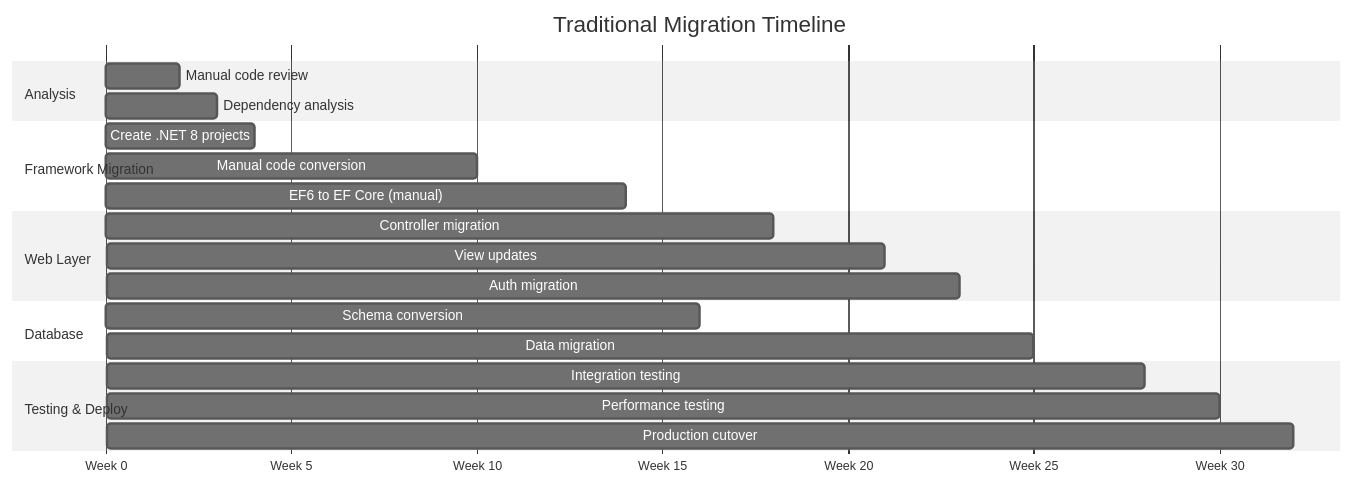
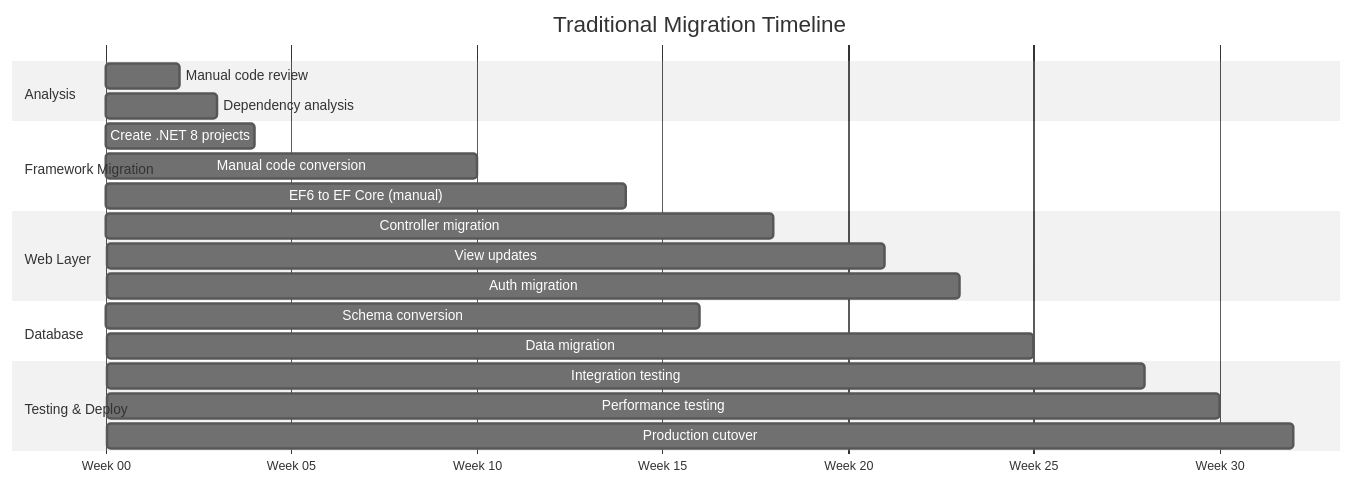
One commit to davidcslau/enterprise-modernization-analyzer changed the fifth of 7 diagrams in steering/report-structure.md. Above: the diagram before and after it, drawn with Mermaid (neutral theme). The commit also changed other lines of this file and 5 other files, not shown here.

````diff
--- a/steering/report-structure.md
+++ b/steering/report-structure.md
@@ -395,29 +400,30 @@
 ```mermaid
 gantt
     title Traditional Migration Timeline
     dateFormat X
-    axisFormat Week %s
+    axisFormat Week %S
+    tickInterval 2
     
     section Analysis
     Manual code review           :a1, 0, 2
     Dependency analysis          :a2, 2, 3
     
     section Framework Migration
     Create .NET 8 projects       :b1, 3, 4
     Manual code conversion       :b2, 4, 10
     EF6 to EF Core (manual)      :b3, 10, 14
     
     section Web Layer
     Controller migration         :c1, 14, 18
     View updates                 :c2, 18, 21
     Auth migration               :c3, 21, 23
     
     section Database
     Schema conversion            :d1, 14, 16
     Data migration               :d2, 23, 25
     
     section Testing & Deploy
     Integration testing          :e1, 25, 28
     Performance testing          :e2, 28, 30
     Production cutover           :e3, 30, 32
 ```
````
